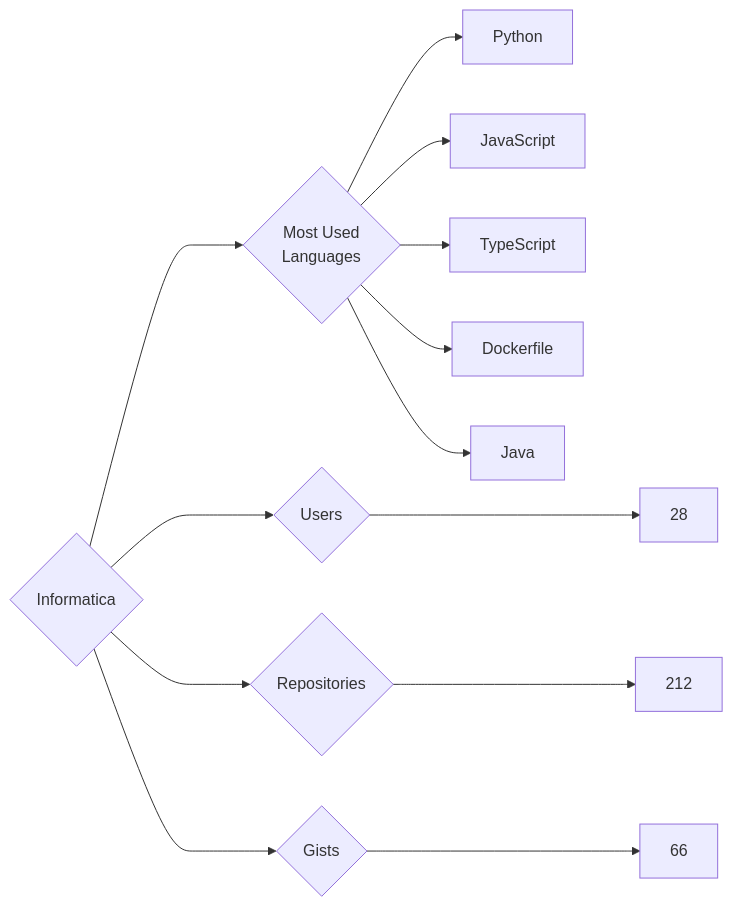
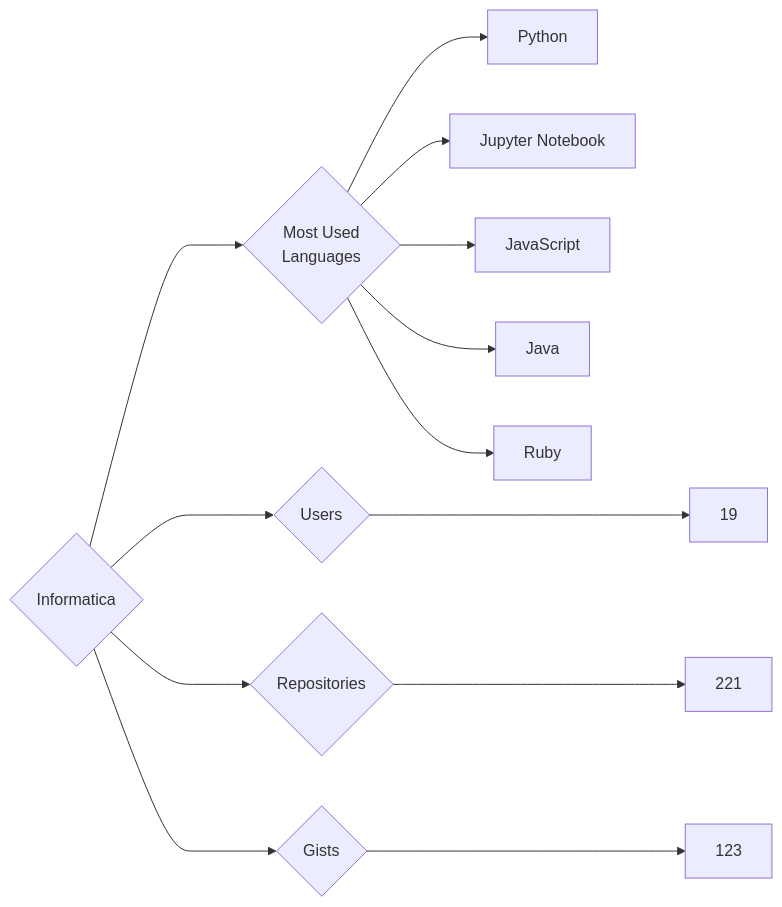
Before and after one commit to trickest/insiders: the diagram in targets/Informatica/README.md, drawn with Mermaid. The commit also changed 984 other files, not shown here.

````diff
--- a/targets/Informatica/README.md
+++ b/targets/Informatica/README.md
@@ -3,13 +3,13 @@
 ```mermaid
 graph LR
 COMPANY_NAME{Informatica}
-COMPANY_NAME ---> U{Users} ---> UN[28]
-COMPANY_NAME ---> R{Repositories} ---> RN[212]
-COMPANY_NAME ---> G{Gists} ---> GN[66]
+COMPANY_NAME ---> U{Users} ---> UN[19]
+COMPANY_NAME ---> R{Repositories} ---> RN[221]
+COMPANY_NAME ---> G{Gists} ---> GN[123]
 COMPANY_NAME ---> ML{Most Used<br>Languages}
 ML --> Python[Python]
+ML --> Jupyter_Notebook[Jupyter Notebook]
 ML --> JavaScript[JavaScript]
-ML --> TypeScript[TypeScript]
-ML --> Dockerfile[Dockerfile]
 ML --> Java[Java]
+ML --> Ruby[Ruby]
 ```
````
